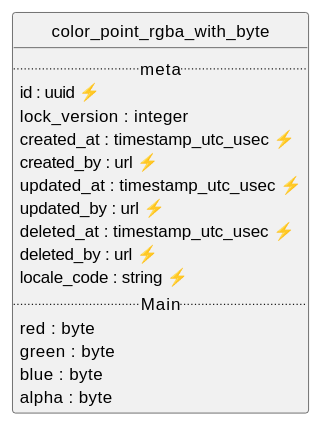
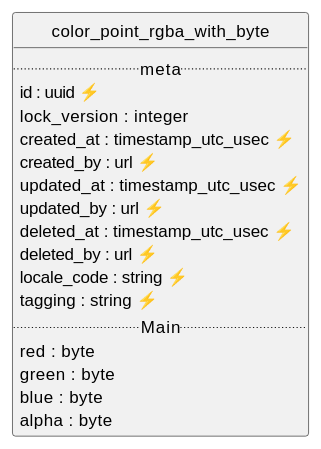
The diagram in api/color_point_rgba_with_byte/uml/uml.plantuml (contactopensource/contactopensource), drawn with PlantUML before and after one commit. The commit also changed 1027 other files, not shown here.

```diff
--- a/api/color_point_rgba_with_byte/uml/uml.plantuml
+++ b/api/color_point_rgba_with_byte/uml/uml.plantuml
@@ -1,24 +1,25 @@
 @startuml uml
 skinparam monochrome true
 skinparam linetype ortho
 hide circle
 
 entity color_point_rgba_with_byte {
   .. meta ..
   id : uuid ⚡
   lock_version : integer
   created_at : timestamp_utc_usec ⚡
   created_by : url ⚡
   updated_at : timestamp_utc_usec ⚡
   updated_by : url ⚡
   deleted_at : timestamp_utc_usec ⚡
   deleted_by : url ⚡
   locale_code : string ⚡
+  tagging : string ⚡
   .. Main ..
   red : byte
   green : byte
   blue : byte
   alpha : byte
 }
 
 @enduml
```
